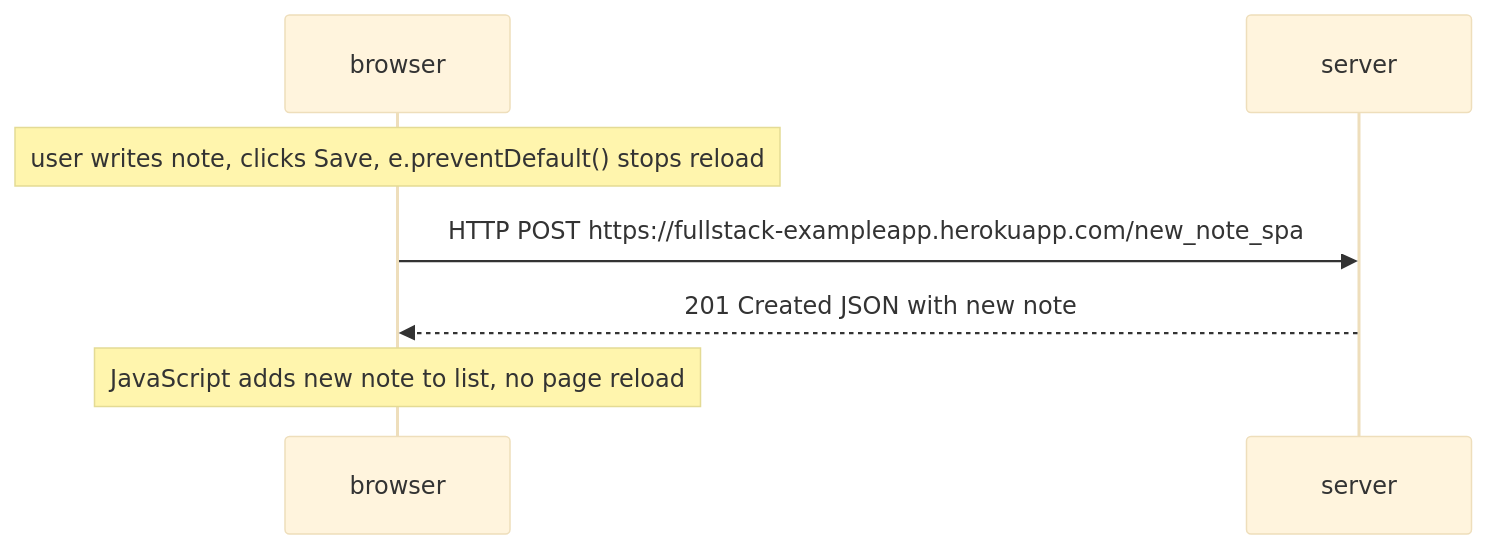
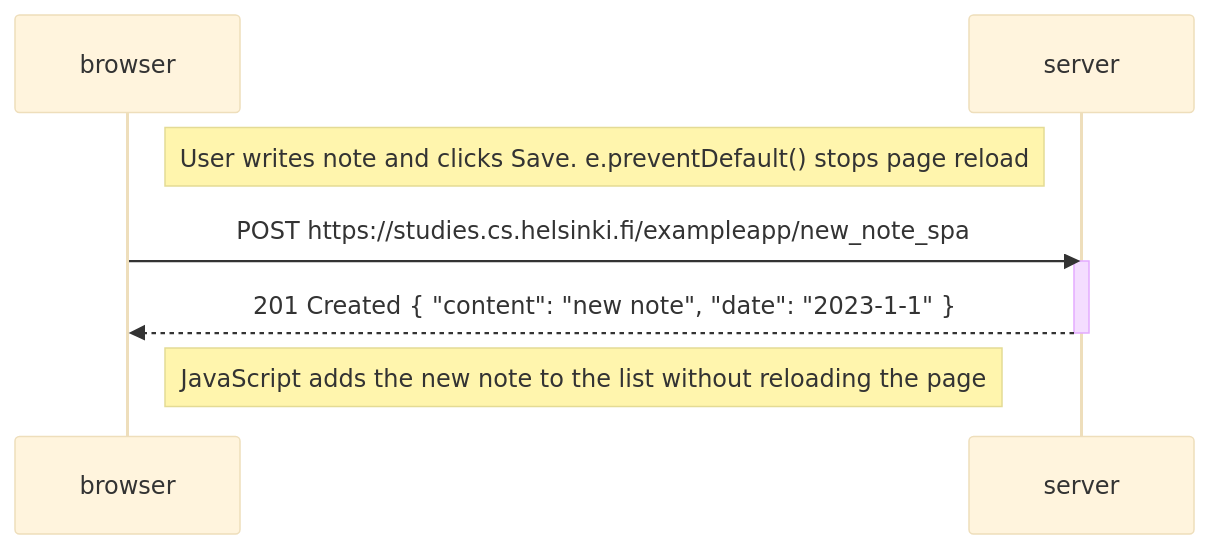
The diagram in part0/0.6.md (lyna-asma/fullstackopen), drawn with Mermaid (base theme) before and after one commit.

Commit message:
Update sequence diagram for note saving process

````diff
--- a/part0/0.6.md
+++ b/part0/0.6.md
@@ -1,10 +1,14 @@
 ```mermaid
 sequenceDiagram
     participant browser
     participant server
 
-    Note over browser: user writes note, clicks Save, e.preventDefault() stops reload
-    browser->>server: HTTP POST https://fullstack-exampleapp.herokuapp.com/new_note_spa
-    server-->>browser: 201 Created JSON with new note
-    Note over browser: JavaScript adds new note to list, no page reload
+    Note right of browser: User writes note and clicks Save. e.preventDefault() stops page reload
+
+    browser->>server: POST https://studies.cs.helsinki.fi/exampleapp/new_note_spa
+    activate server
+    server-->>browser: 201 Created { "content": "new note", "date": "2023-1-1" }
+    deactivate server
+
+    Note right of browser: JavaScript adds the new note to the list without reloading the page
 ```
````
